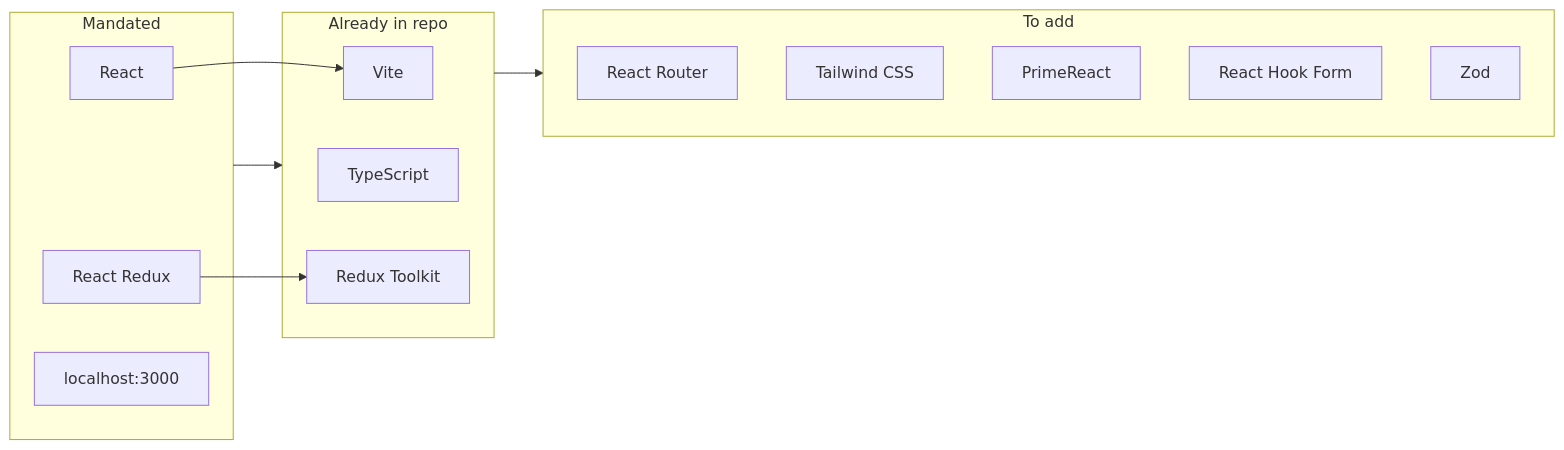
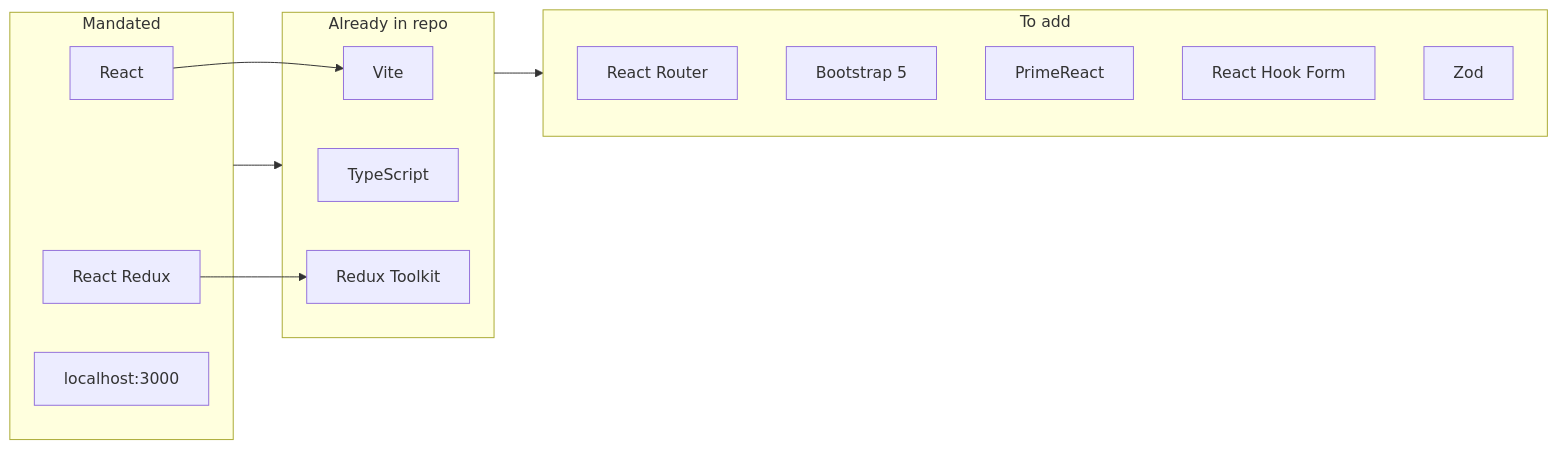
Before and after one commit to DevCoslike/Kamado: the diagram in .cursor/plans/kamado-tech-stack.md, drawn with Mermaid. The commit also changed other lines of this file and 5 other files, not shown here.

````diff
--- a/.cursor/plans/kamado-tech-stack.md
+++ b/.cursor/plans/kamado-tech-stack.md
@@ -56,24 +56,24 @@
 ```mermaid
 flowchart LR
   subgraph Core["Mandated"]
     React[React]
     Redux[React Redux]
     Port[localhost:3000]
   end
   subgraph Current["Already in repo"]
     Vite[Vite]
     TS[TypeScript]
     RTK[Redux Toolkit]
   end
   subgraph ToAdd["To add"]
     Router[React Router]
-    Tailwind[Tailwind CSS]
+    Bootstrap[Bootstrap 5]
     PrimeReact[PrimeReact]
     RHF[React Hook Form]
     Zod[Zod]
   end
   React --> Vite
   Redux --> RTK
   Core --> Current
   Current --> ToAdd
 ```
````
